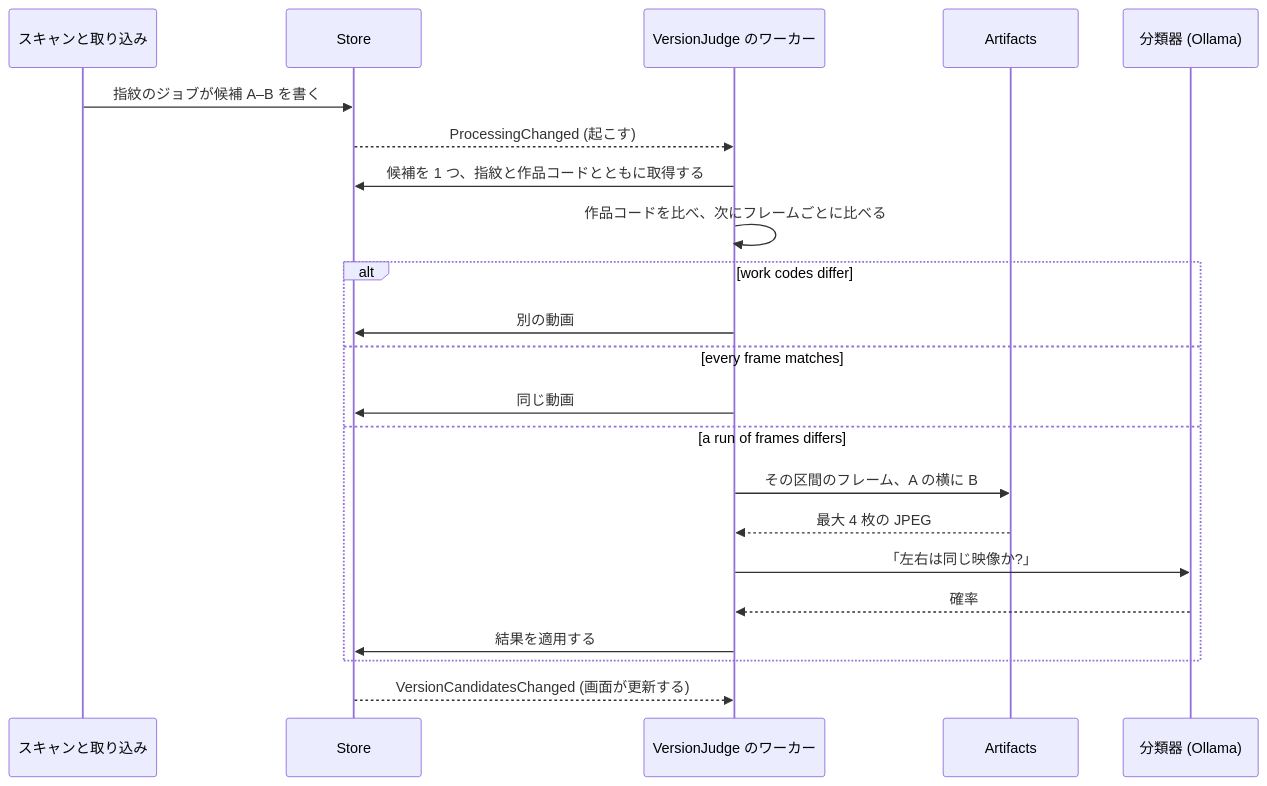
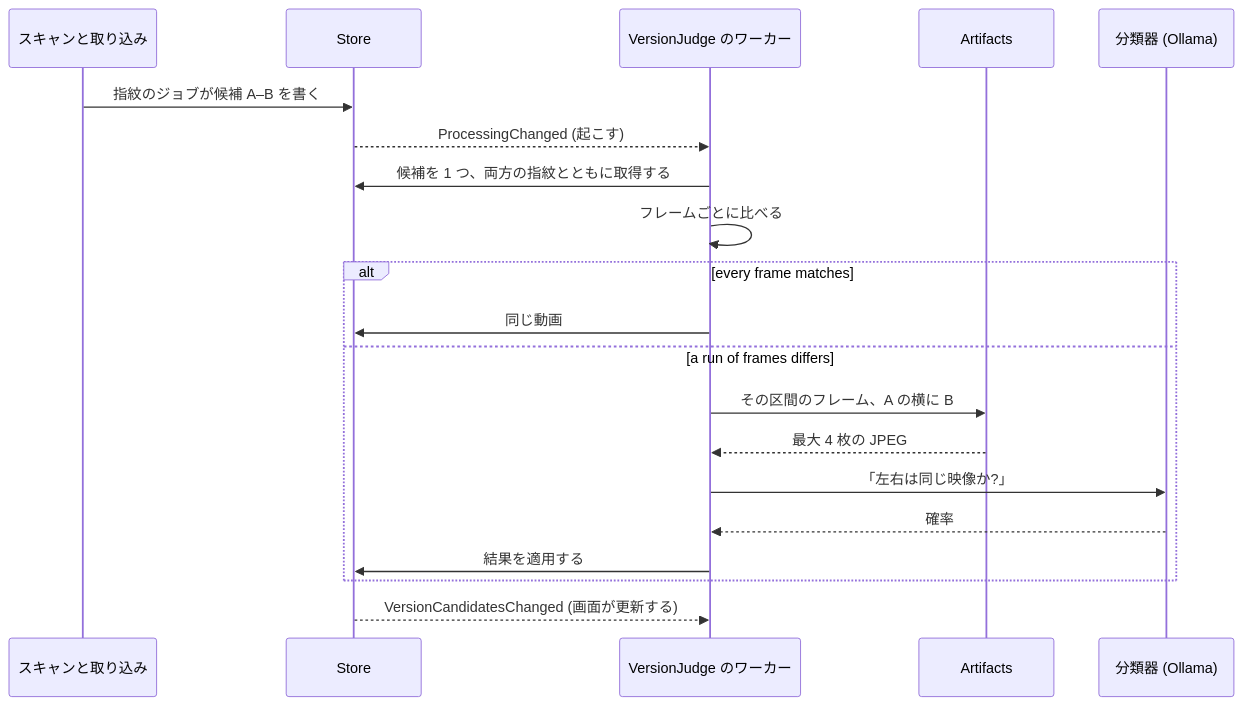
Before and after one commit to syudead/vv: the first of 2 diagrams in translations/ja/specs/054-auto-dup/plan.md, drawn with Mermaid. The commit also changed other lines of this file and 3 other files, not shown here.

````diff
--- a/translations/ja/specs/054-auto-dup/plan.md
+++ b/translations/ja/specs/054-auto-dup/plan.md
@@ -35,24 +34,22 @@
 ```mermaid
 sequenceDiagram
   participant Scan as スキャンと取り込み
   participant Store as Store
   participant Judge as VersionJudge のワーカー
   participant Art as Artifacts
   participant AI as 分類器 (Ollama)
   Scan->>Store: 指紋のジョブが候補 A–B を書く
   Store-->>Judge: ProcessingChanged (起こす)
-  Judge->>Store: 候補を 1 つ、指紋と作品コードとともに取得する
-  Judge->>Judge: 作品コードを比べ、次にフレームごとに比べる
-  alt work codes differ
-    Judge->>Store: 別の動画
-  else every frame matches
+  Judge->>Store: 候補を 1 つ、両方の指紋とともに取得する
+  Judge->>Judge: フレームごとに比べる
+  alt every frame matches
     Judge->>Store: 同じ動画
   else a run of frames differs
     Judge->>Art: その区間のフレーム、A の横に B
     Art-->>Judge: 最大 4 枚の JPEG
     Judge->>AI: 「左右は同じ映像か?」
     AI-->>Judge: 確率
     Judge->>Store: 結果を適用する
   end
   Store-->>Judge: VersionCandidatesChanged (画面が更新する)
 ```
````
